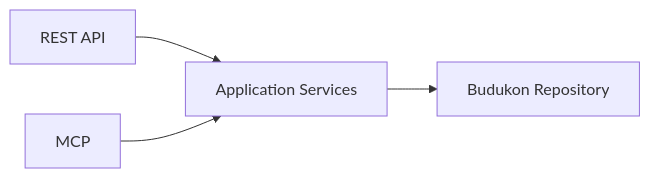
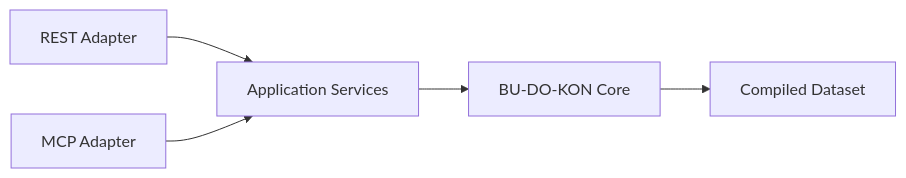
The fourth of 5 diagrams in README.md (CyanAutomation/budokon), drawn with Mermaid before and after one commit. The commit also changed other lines of this file, not shown here.

First line of the commit message:
Revise README with architectural updates

````diff
--- a/README.md
+++ b/README.md
@@ -505,6 +940,7 @@
 ```mermaid
 flowchart LR
-    A[REST API] --> C[Application Services]
-    B[MCP] --> C
-    C --> D[Budukon Repository]
+    A[REST Adapter] --> C[Application Services]
+    B[MCP Adapter] --> C
+    C --> D[BU-DO-KON Core]
+    D --> E[Compiled Dataset]
 ```
````
